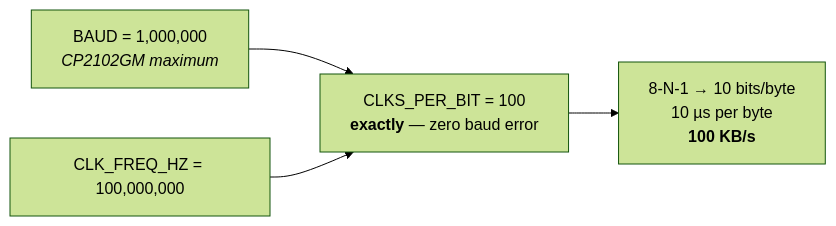
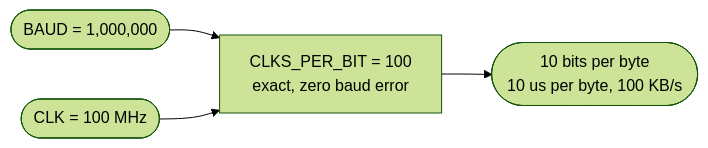
The third of 6 diagrams in docs/diagrams/io_uart.md (Rushmello369/fpga-feed-handler), drawn with Mermaid (forest theme) before and after one commit. The commit also changed other lines of this file and 12 other files, not shown here.

Commit message:
add diagrams for system and module architectures

````diff
--- a/docs/diagrams/io_uart.md
+++ b/docs/diagrams/io_uart.md
@@ -76,8 +55,6 @@
 ```mermaid
 flowchart LR
-    B["BAUD = 1,000,000<br/><i>CP2102GM maximum</i>"]
-    C["CLK_FREQ_HZ = 100,000,000"]
-    B --> D["CLKS_PER_BIT = 100<br/><b>exactly</b> — zero baud error"]
-    C --> D
-    D --> E["8-N-1 → 10 bits/byte<br/>10 µs per byte<br/><b>100 KB/s</b>"]
+    B([BAUD = 1,000,000]) --> D[CLKS_PER_BIT = 100<br/>exact, zero baud error]
+    C([CLK = 100 MHz]) --> D
+    D --> E([10 bits per byte<br/>10 us per byte, 100 KB/s])
 ```
````
